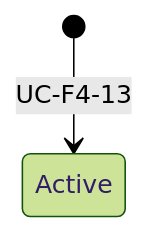
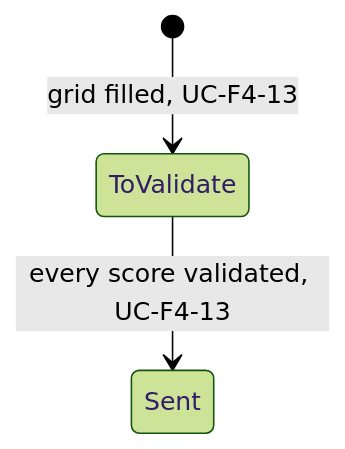
Before and after one commit to gpbcom/SimpleERP: the diagram in docs/specs/02-functional/f04-meetings/data/e-f04-21-interview-debrief.md, drawn with Mermaid (forest theme). The commit also changed other lines of this file and 8816 other files, not shown here.

````diff
--- a/docs/specs/02-functional/f04-meetings/data/e-f04-21-interview-debrief.md
+++ b/docs/specs/02-functional/f04-meetings/data/e-f04-21-interview-debrief.md
@@ -25,4 +47,5 @@
 ```mermaid
 stateDiagram-v2
-  [*] --> Active : UC-F4-13
+  [*] --> ToValidate : grid filled, UC-F4-13
+  ToValidate --> Sent : every score validated, UC-F4-13
 ```
````
